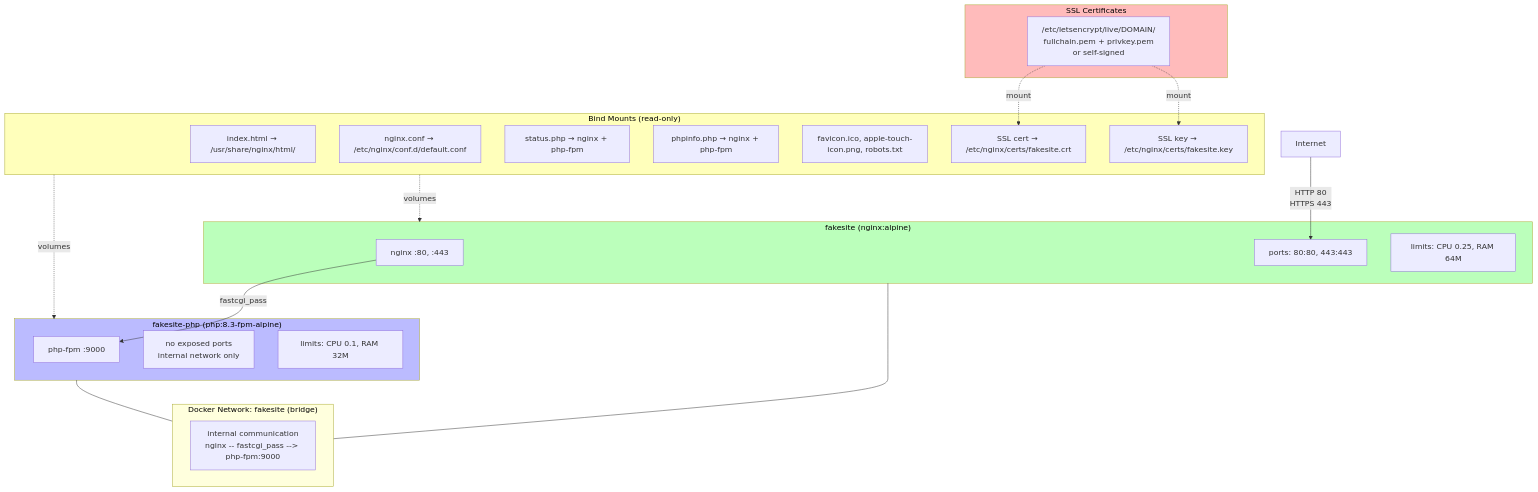
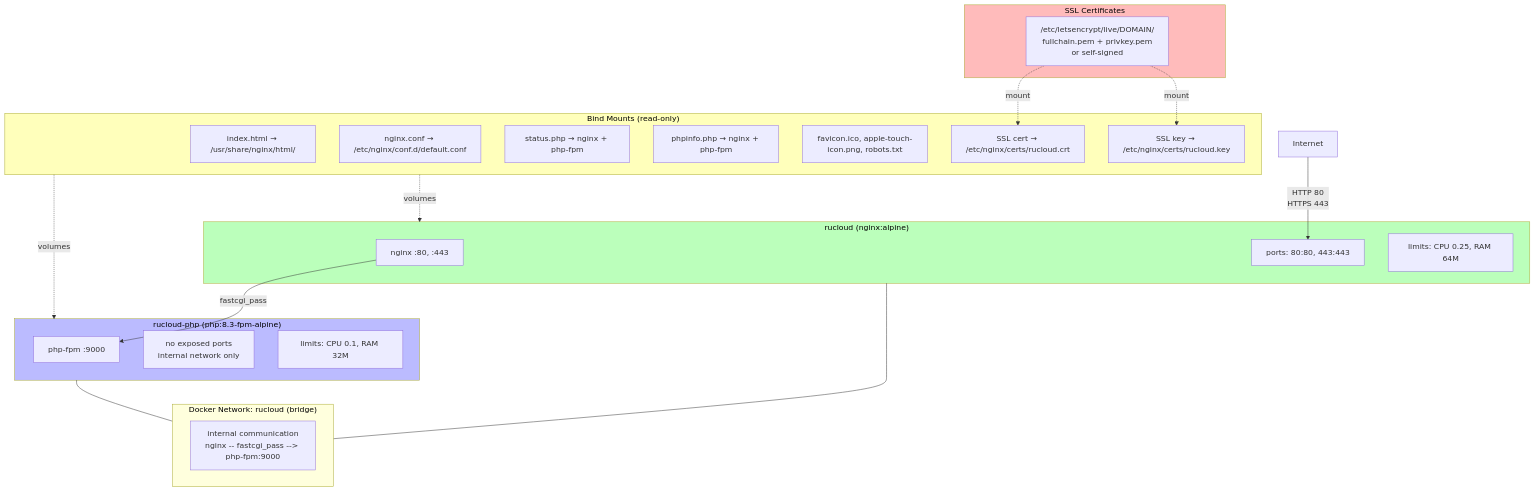
The sixth of 14 diagrams in docs/myshpere-logic.md (Armruswest2024/RuCloud), drawn with Mermaid before and after one commit. The commit also changed other lines of this file and 12 other files, not shown here.

````diff
--- a/docs/myshpere-logic.md
+++ b/docs/myshpere-logic.md
@@ -191,47 +191,47 @@
 ```mermaid
 flowchart TB
-  subgraph NGINX_CONTAINER ["fakesite (nginx:alpine)"]
+  subgraph NGINX_CONTAINER ["rucloud (nginx:alpine)"]
     N1["nginx :80, :443"]
     N2["ports: 80:80, 443:443"]
     N3["limits: CPU 0.25, RAM 64M"]
   end
 
-  subgraph PHP_CONTAINER ["fakesite-php (php:8.3-fpm-alpine)"]
+  subgraph PHP_CONTAINER ["rucloud-php (php:8.3-fpm-alpine)"]
     P1["php-fpm :9000"]
     P2["no exposed ports\ninternal network only"]
     P3["limits: CPU 0.1, RAM 32M"]
   end
 
-  subgraph NETWORK ["Docker Network: fakesite (bridge)"]
+  subgraph NETWORK ["Docker Network: rucloud (bridge)"]
     NET["internal communication\nnginx -- fastcgi_pass --> php-fpm:9000"]
   end
 
   subgraph VOLUMES ["Bind Mounts (read-only)"]
     V1["index.html → /usr/share/nginx/html/"]
     V2["nginx.conf → /etc/nginx/conf.d/default.conf"]
     V3["status.php → nginx + php-fpm"]
     V4["phpinfo.php → nginx + php-fpm"]
     V5["favicon.ico, apple-touch-icon.png, robots.txt"]
-    V6["SSL cert → /etc/nginx/certs/fakesite.crt"]
-    V7["SSL key → /etc/nginx/certs/fakesite.key"]
+    V6["SSL cert → /etc/nginx/certs/rucloud.crt"]
+    V7["SSL key → /etc/nginx/certs/rucloud.key"]
   end
 
   subgraph CERTS ["SSL Certificates"]
     C1["/etc/letsencrypt/live/DOMAIN/\nfullchain.pem + privkey.pem\nor self-signed"]
   end
 
   Internet -- "HTTP 80\nHTTPS 443" --> N2
   N1 -- "fastcgi_pass" --> P1
   NGINX_CONTAINER --- NETWORK
   PHP_CONTAINER --- NETWORK
   C1 -. mount .-> V6
   C1 -. mount .-> V7
   VOLUMES -. volumes .-> NGINX_CONTAINER
   VOLUMES -. volumes .-> PHP_CONTAINER
 
   style NGINX_CONTAINER fill:#bfb,color:#000
   style PHP_CONTAINER fill:#bbf,color:#000
   style NETWORK fill:#ffd,color:#000
   style VOLUMES fill:#ffb,color:#000
   style CERTS fill:#fbb,color:#000
 ```
````
